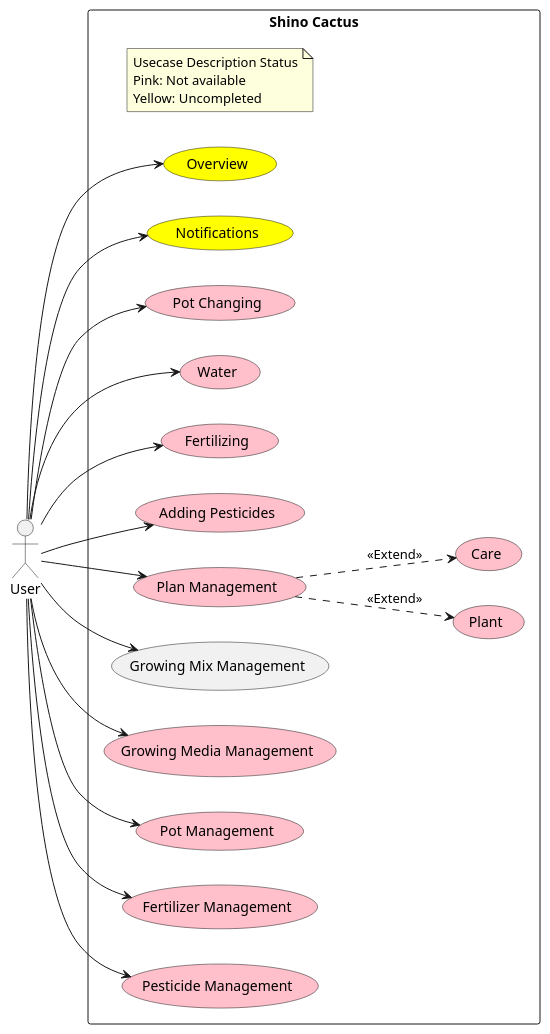
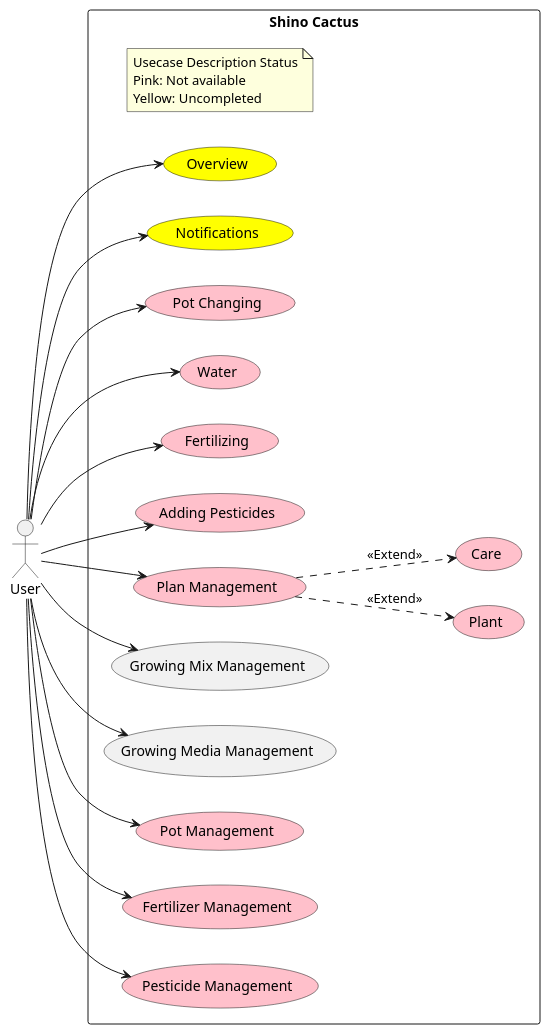
One commit to Shinodari/CactusMan-Analysis changed the diagram in UML/Concept.puml. Above: the diagram before and after it, drawn with PlantUML. The commit also changed 2 other files, not shown here.

Commit message:
feat(usecase & des 2.2): first growing media management

```diff
--- a/UML/Concept.puml
+++ b/UML/Concept.puml
@@ -1,38 +1,38 @@
 @startuml Usecase
 left to right direction
 actor User
 rectangle "Shino Cactus" as ShinoCactus{
     note "Usecase Description Status\nPink: Not available\nYellow: Uncompleted" as CommonNote
 
     usecase Overview #Yellow
     usecase Notifications #Yellow
     usecase "Pot Changing" as PotC #pink
     usecase Water #pink
     usecase Fertilizing #pink 
     usecase "Adding Pesticides" as APesticides #pink
     usecase "Plan Management" as PlanM #pink
     usecase Plant #pink
     usecase Care #pink
     usecase "Growing Mix Management" as GXM
-    usecase "Growing Media Management" as GMM #pink
+    usecase "Growing Media Management" as GMM
     usecase "Pot Management" as PotM #pink
     usecase "Fertilizer Management" as FertilizerM #pink
     usecase "Pesticide Management" as PesticideM #pink
 }
 
 User --> Overview
 User --> Notifications
 User --> PotC
 User --> Water
 User --> Fertilizing
 User --> APesticides
 User --> PlanM
 User --> GXM
 User --> GMM
 User --> PotM
 User --> FertilizerM
 User --> PesticideM
 
 PlanM ..> Plant : <<Extend>>
 PlanM ..> Care : <<Extend>>
 @enduml
```
